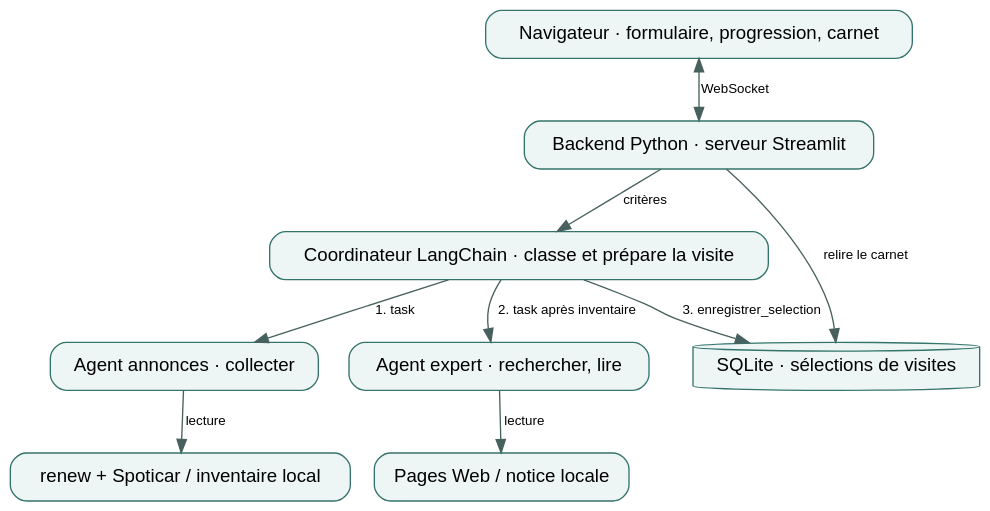
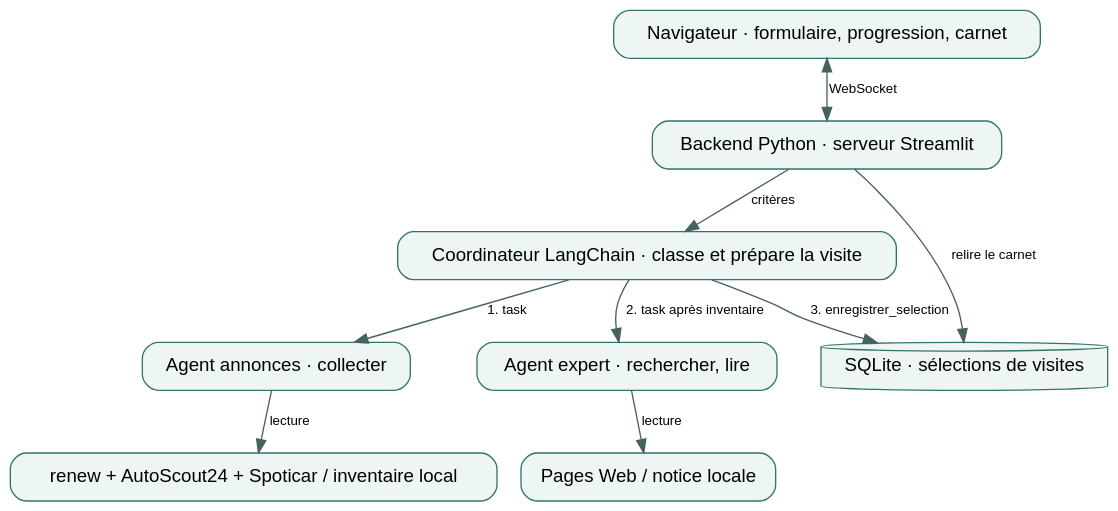
One commit to theomrn/CarFinder changed the diagram in docs/architecture.dot. Above: the diagram before and after it, drawn with Graphviz. The commit also changed 2 other files, not shown here.

Commit message:
docs: explain vehicle scoring and update source diagrams

```diff
--- a/docs/architecture.dot
+++ b/docs/architecture.dot
@@ -1,22 +1,22 @@
 digraph Carnet {
   graph [rankdir=TB, bgcolor="transparent"];
   node [shape=box, style="rounded,filled", fillcolor="#eef6f5", color="#34746b", fontname="Helvetica"];
   edge [fontname="Helvetica", fontsize=10, color="#47615f"];
   navigateur [label="Navigateur · formulaire, progression, carnet"];
   serveur [label="Backend Python · serveur Streamlit"];
   chef [label="Coordinateur LangChain · classe et prépare la visite"];
   annonces [label="Agent annonces · collecter"];
   expert [label="Agent expert · rechercher, lire"];
-  catalogue [label="renew + Spoticar / inventaire local"];
+  catalogue [label="renew + AutoScout24 + Spoticar / inventaire local"];
   documents [label="Pages Web / notice locale"];
   carnet [label="SQLite · sélections de visites", shape=cylinder];
   navigateur -> serveur [dir=both, label="WebSocket"];
   serveur -> chef [label="critères"];
   chef -> annonces [label="1. task"];
   annonces -> catalogue [label="lecture"];
   chef -> expert [label="2. task après inventaire"];
   expert -> documents [label="lecture"];
   chef -> carnet [label="3. enregistrer_selection"];
   serveur -> carnet [label="relire le carnet"];
   { rank=same; annonces; expert; }
 }
```
